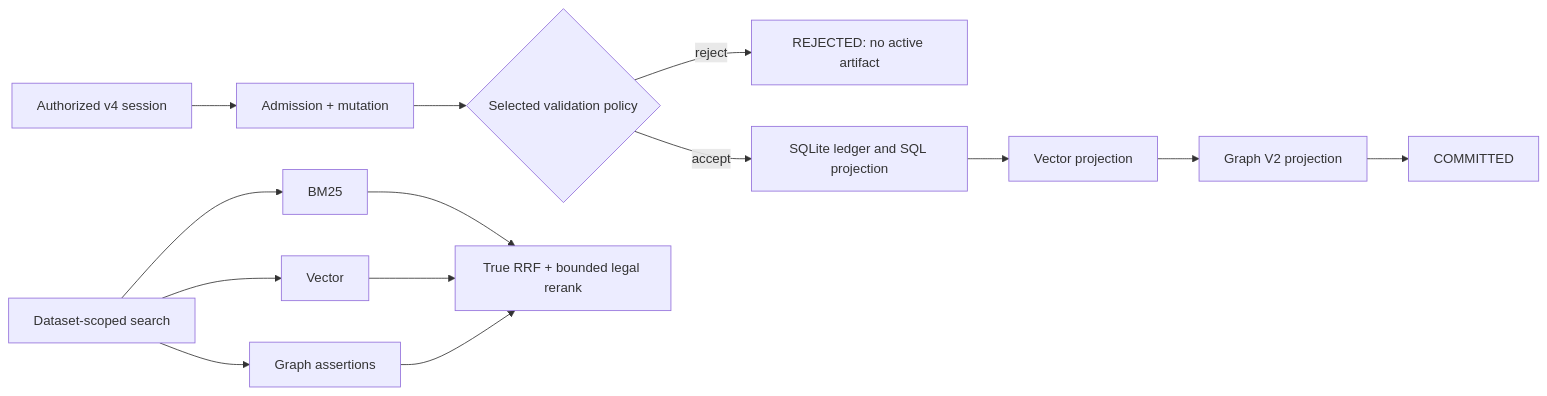
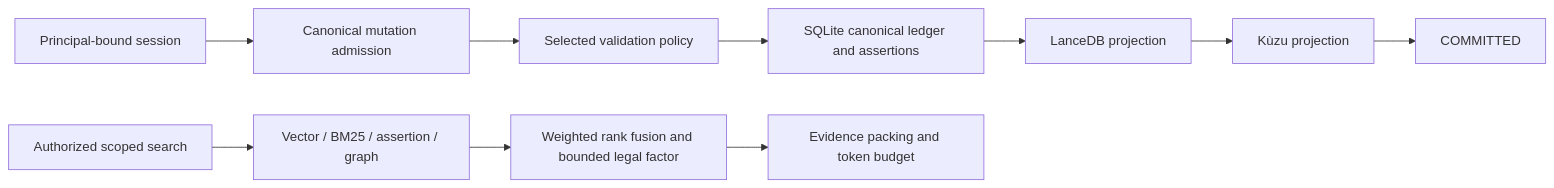
The diagram in README.md (Yasou13/MESA), drawn with Mermaid before and after one commit. The commit also changed other lines of this file and 44 other files, not shown here.

````diff
--- a/README.md
+++ b/README.md
@@ -403,16 +58,12 @@
 ```mermaid
 flowchart LR
-    C[Authorized v4 session] --> A[Admission + mutation]
-    A --> V{Selected validation policy}
-    V -->|reject| R[REJECTED: no active artifact]
-    V -->|accept| L[SQLite ledger and SQL projection]
-    L --> X[Vector projection]
-    X --> G[Graph V2 projection]
-    G --> M[COMMITTED]
-    S[Dataset-scoped search] --> B[BM25]
-    S --> E[Vector]
-    S --> Q[Graph assertions]
-    B --> F[True RRF + bounded legal rerank]
-    E --> F
-    Q --> F
+    Client[Principal-bound session] --> Admission[Canonical mutation admission]
+    Admission --> Validation[Selected validation policy]
+    Validation --> SQL[SQLite canonical ledger and assertions]
+    SQL --> Vector[LanceDB projection]
+    Vector --> Graph[Kùzu projection]
+    Graph --> Commit[COMMITTED]
+    Search[Authorized scoped search] --> Lanes[Vector / BM25 / assertion / graph]
+    Lanes --> RRF[Weighted rank fusion and bounded legal factor]
+    RRF --> Context[Evidence packing and token budget]
 ```
````
